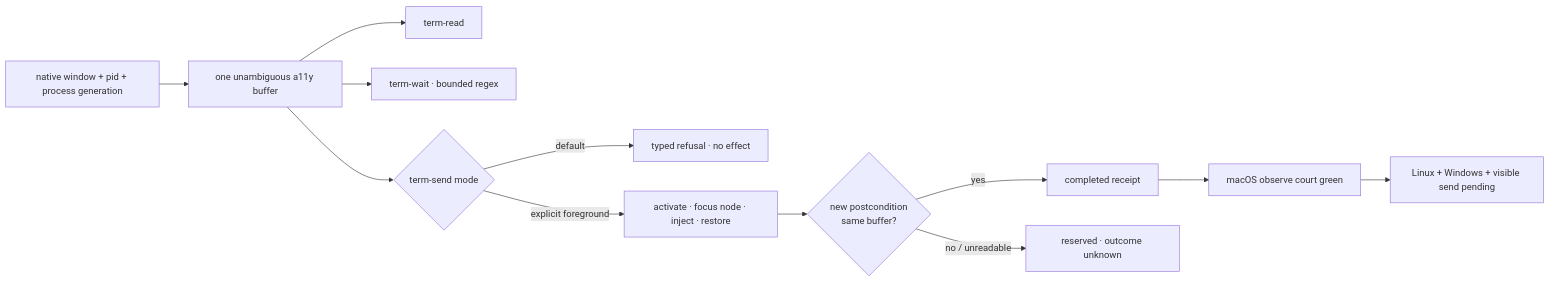
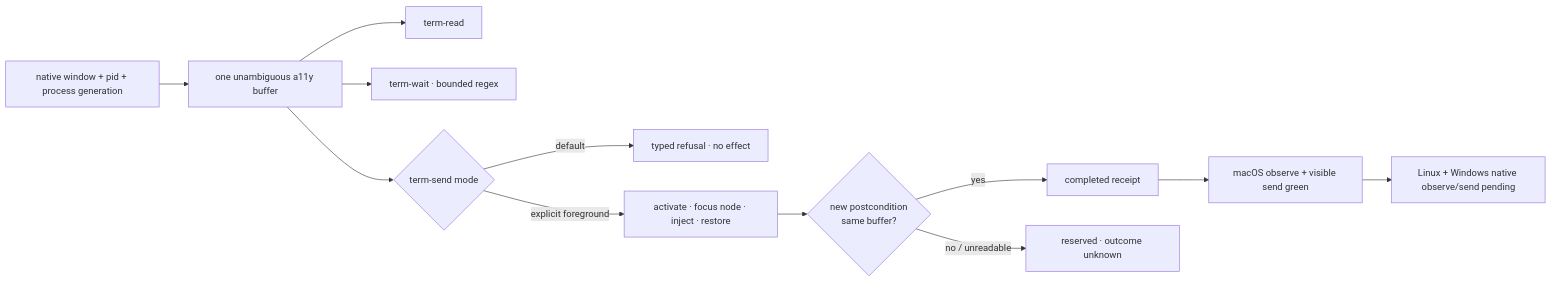
One commit to partnernetsoftware/agenterm changed diagram 12 of 12 in prd/PRD_02_28_agenterm_cu.md. Above: the diagram before and after it, drawn with Mermaid. The commit also changed other lines of this file and 12 other files, not shown here.

````diff
--- a/prd/PRD_02_28_agenterm_cu.md
+++ b/prd/PRD_02_28_agenterm_cu.md
@@ -1556,14 +1559,14 @@
   ```mermaid
   flowchart LR
     W["native window + pid + process generation"] --> B["one unambiguous a11y buffer"]
     B --> R["term-read"]
     B --> T["term-wait · bounded regex"]
     B --> S{"term-send mode"}
     S -->|default| X["typed refusal · no effect"]
     S -->|explicit foreground| F["activate · focus node · inject · restore"]
     F --> V{"new postcondition<br/>same buffer?"}
     V -->|yes| C["completed receipt"]
     V -->|no / unreadable| U["reserved · outcome unknown"]
-    C --> M["macOS observe court green"]
-    M --> P["Linux + Windows + visible send pending"]
+    C --> M["macOS observe + visible send green"]
+    M --> P["Linux + Windows native observe/send pending"]
   ```
````
